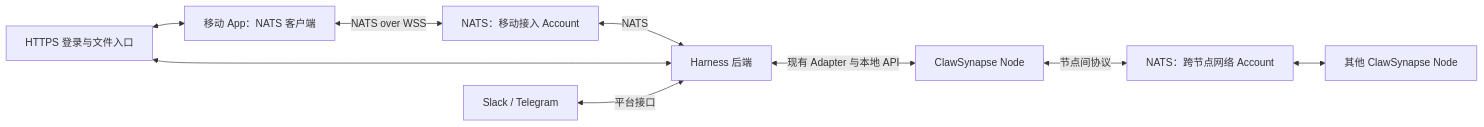
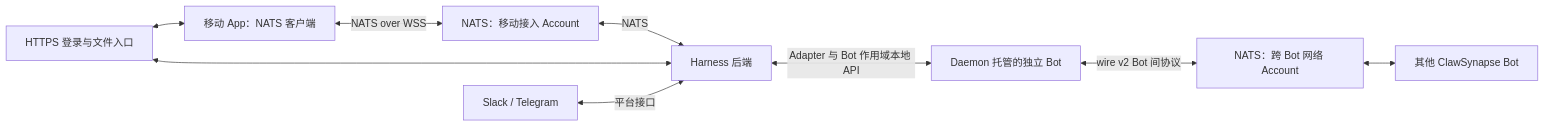
Before and after one commit to yuanjun5681/clawsynapse: the diagram in docs/mobile-nats-access.md, drawn with Mermaid. The commit also changed other lines of this file and 144 other files, not shown here.

Commit message:
feat: add multi-Bot daemon runtime

````diff
--- a/docs/mobile-nats-access.md
+++ b/docs/mobile-nats-access.md
@@ -38,11 +38,11 @@
 ```mermaid
 flowchart LR
     M[移动 App：NATS 客户端] <-->|NATS over WSS| N[NATS：移动接入 Account]
     N <-->|NATS| H[Harness 后端]
     L[HTTPS 登录与文件入口] <--> M
     L <--> H
     S[Slack / Telegram] <-->|平台接口| H
-    H <-->|现有 Adapter 与本地 API| C[ClawSynapse Node]
-    C <-->|节点间协议| E[NATS：跨节点网络 Account]
-    E <--> P[其他 ClawSynapse Node]
+    H <-->|Adapter 与 Bot 作用域本地 API| C[Daemon 托管的独立 Bot]
+    C <-->|wire v2 Bot 间协议| E[NATS：跨 Bot 网络 Account]
+    E <--> P[其他 ClawSynapse Bot]
 ```
````
